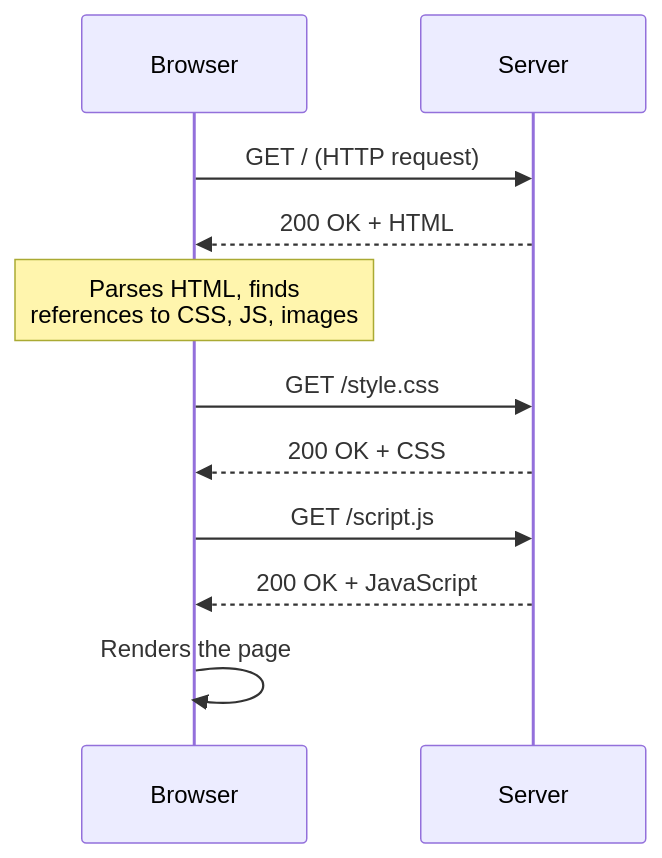
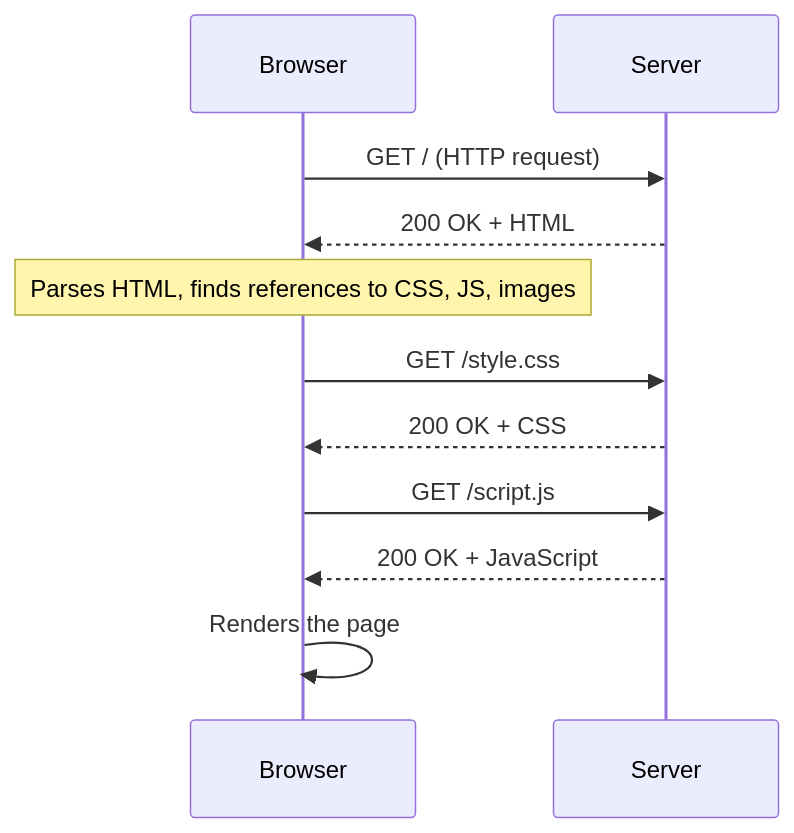
The fourth of 4 diagrams in modules/01-mental-models/01-how-the-web-works.md (Khrafts-INC/ship-your-first-thing), drawn with Mermaid before and after one commit. The commit also changed other lines of this file and 3 other files, not shown here.

First line of the commit message:
fix(01): rewrite sequenceDiagram Notes + flowchart edge labels as single-line text

````diff
--- a/modules/01-mental-models/01-how-the-web-works.md
+++ b/modules/01-mental-models/01-how-the-web-works.md
@@ -103,13 +103,13 @@
 ```mermaid
 sequenceDiagram
   participant Browser
   participant Server
   Browser->>Server: GET / (HTTP request)
   Server-->>Browser: 200 OK + HTML
-  Note over Browser: Parses HTML, finds<br>references to CSS, JS, images
+  Note over Browser: Parses HTML, finds references to CSS, JS, images
   Browser->>Server: GET /style.css
   Server-->>Browser: 200 OK + CSS
   Browser->>Server: GET /script.js
   Server-->>Browser: 200 OK + JavaScript
   Browser->>Browser: Renders the page
 ```
````
